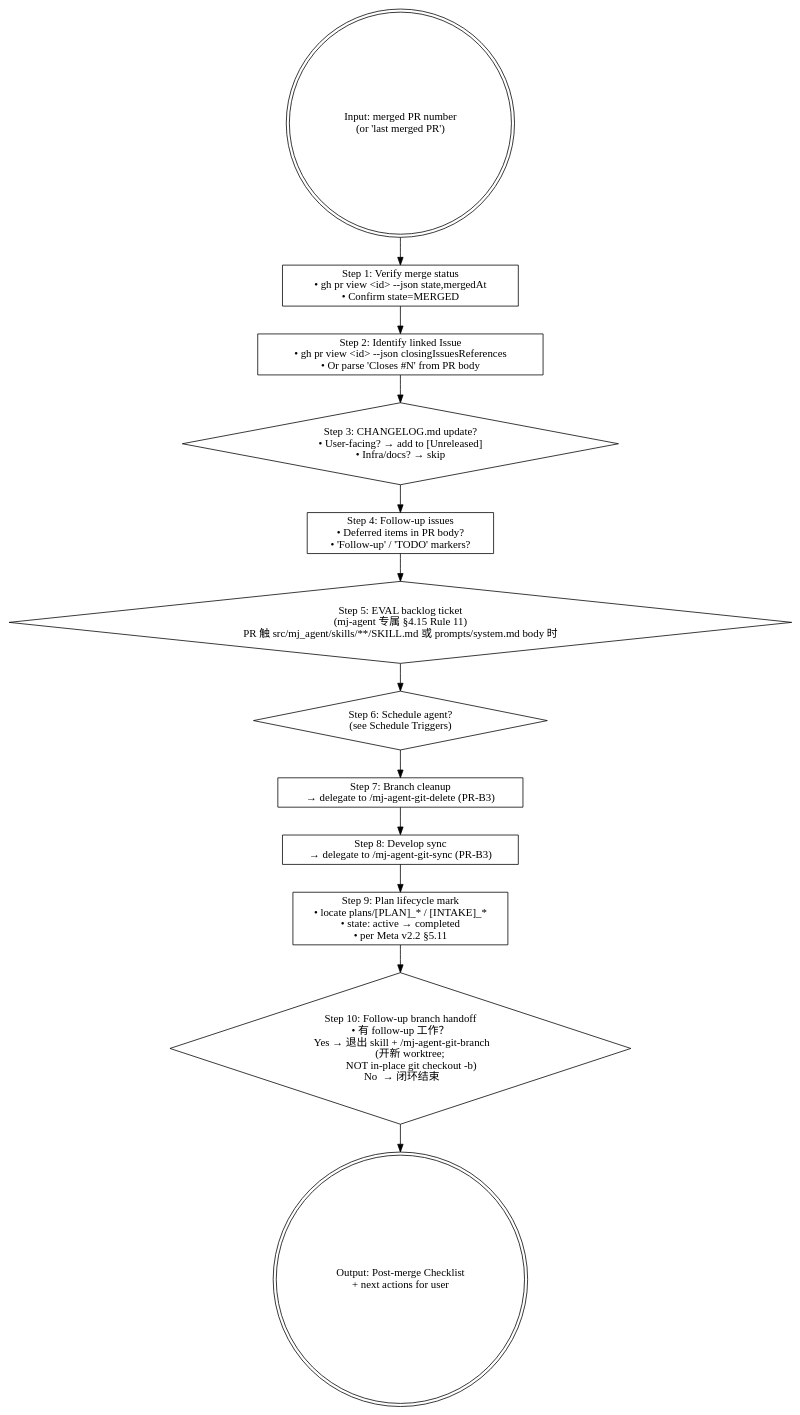
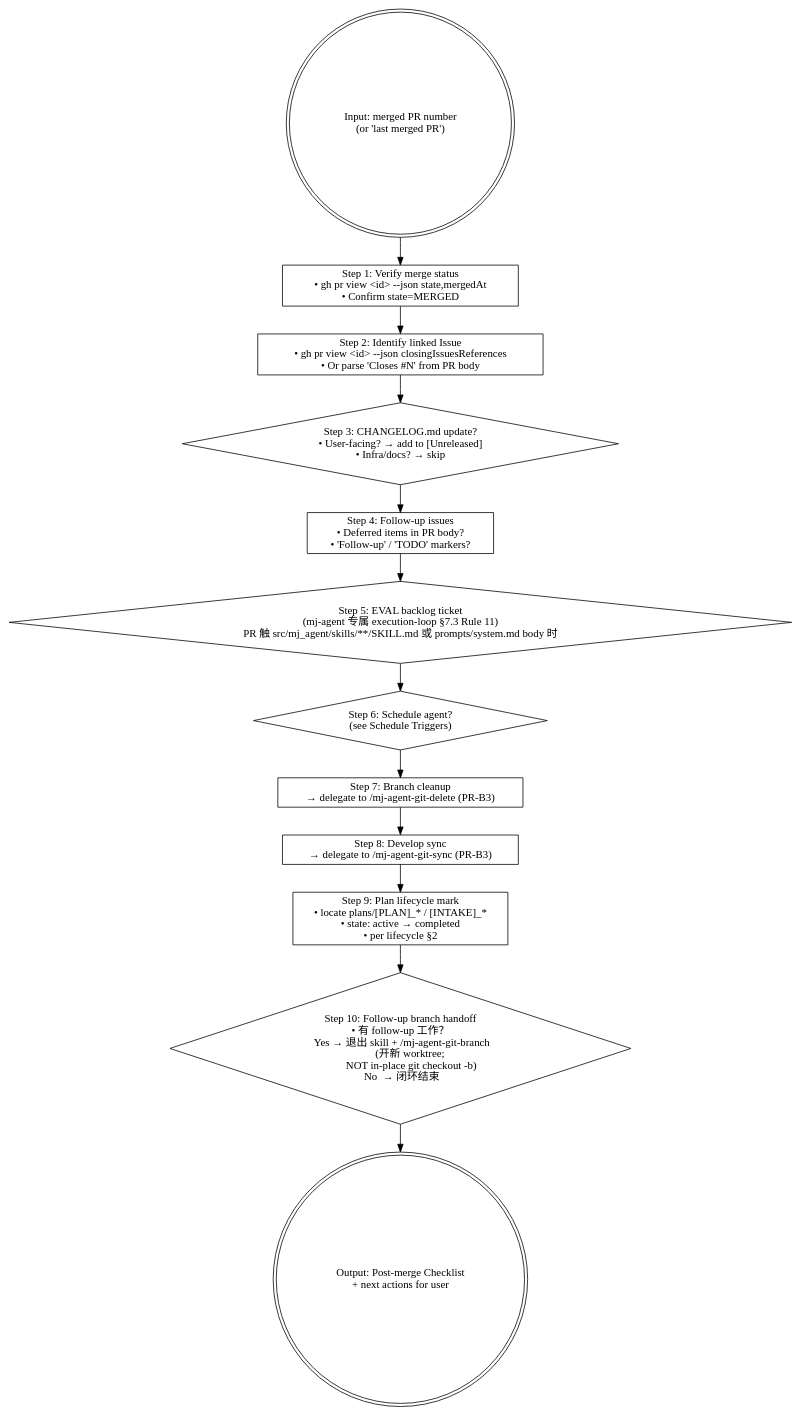
The diagram in .claude/skills/mj-agent-flow-post-merge/SKILL.md (MJ-AgentLab/mj-agent), drawn with Graphviz before and after one commit. The commit also changed other lines of this file and 24 other files, not shown here.

````diff
--- a/.claude/skills/mj-agent-flow-post-merge/SKILL.md
+++ b/.claude/skills/mj-agent-flow-post-merge/SKILL.md
@@ -27,21 +27,21 @@
 ```dot
 digraph post_merge {
   rankdir=TB;
   start [label="Input: merged PR number\n(or 'last merged PR')" shape=doublecircle];
 
   s1 [label="Step 1: Verify merge status\n• gh pr view <id> --json state,mergedAt\n• Confirm state=MERGED" shape=box];
   s2 [label="Step 2: Identify linked Issue\n• gh pr view <id> --json closingIssuesReferences\n• Or parse 'Closes #N' from PR body" shape=box];
   s3 [label="Step 3: CHANGELOG.md update?\n• User-facing? → add to [Unreleased]\n• Infra/docs? → skip" shape=diamond];
   s4 [label="Step 4: Follow-up issues\n• Deferred items in PR body?\n• 'Follow-up' / 'TODO' markers?" shape=box];
-  s5 [label="Step 5: EVAL backlog ticket\n(mj-agent 专属 §4.15 Rule 11)\nPR 触 src/mj_agent/skills/**/SKILL.md 或 prompts/system.md body 时" shape=diamond];
+  s5 [label="Step 5: EVAL backlog ticket\n(mj-agent 专属 execution-loop §7.3 Rule 11)\nPR 触 src/mj_agent/skills/**/SKILL.md 或 prompts/system.md body 时" shape=diamond];
   s6 [label="Step 6: Schedule agent?\n(see Schedule Triggers)" shape=diamond];
   s7 [label="Step 7: Branch cleanup\n→ delegate to /mj-agent-git-delete (PR-B3)" shape=box];
   s8 [label="Step 8: Develop sync\n→ delegate to /mj-agent-git-sync (PR-B3)" shape=box];
-  s9 [label="Step 9: Plan lifecycle mark\n• locate plans/[PLAN]_* / [INTAKE]_*\n• state: active → completed\n• per Meta v2.2 §5.11" shape=box];
+  s9 [label="Step 9: Plan lifecycle mark\n• locate plans/[PLAN]_* / [INTAKE]_*\n• state: active → completed\n• per lifecycle §2" shape=box];
   s10 [label="Step 10: Follow-up branch handoff\n• 有 follow-up 工作？\n  Yes → 退出 skill + /mj-agent-git-branch\n        (开新 worktree;\n         NOT in-place git checkout -b)\n  No  → 闭环结束" shape=diamond];
 
   out [label="Output: Post-merge Checklist\n+ next actions for user" shape=doublecircle];
 
   start -> s1 -> s2 -> s3 -> s4 -> s5 -> s6 -> s7 -> s8 -> s9 -> s10 -> out;
 }
 ```
````
